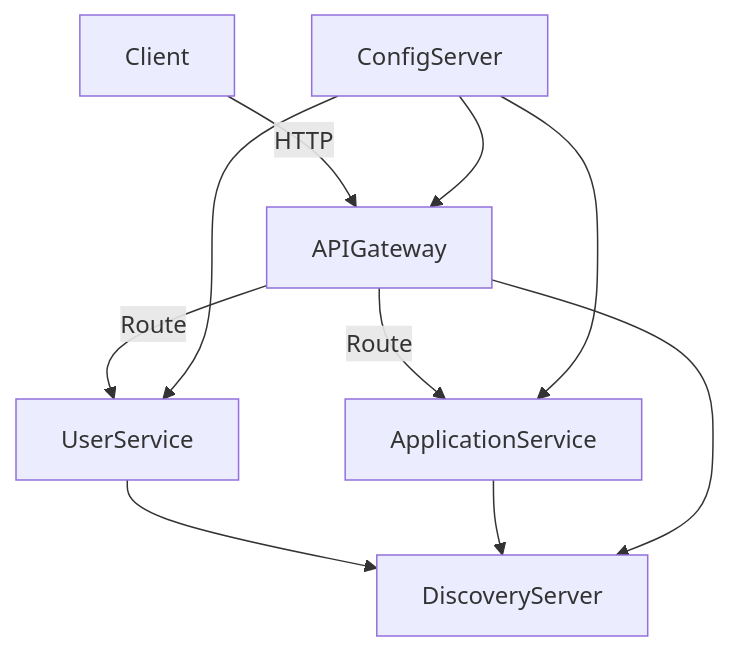
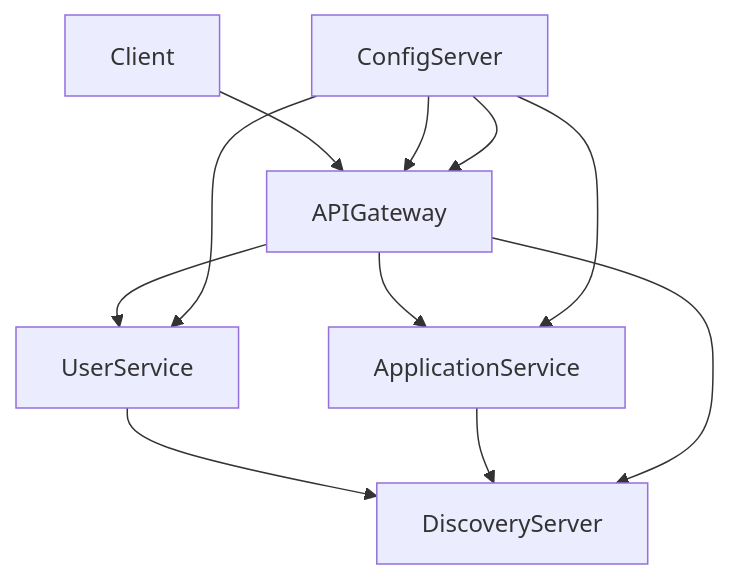
The diagram in README.md (mohanad-abdalwahab/job-application-system), drawn with Mermaid before and after one commit.

````diff
--- a/README.md
+++ b/README.md
@@ -21,12 +21,14 @@
 ```mermaid
 graph TD;
-    Client -->|HTTP| APIGateway
-    APIGateway -->|Route| UserService
-    APIGateway -->|Route| ApplicationService
+    Client --> APIGateway
+    ConfigServer --> APIGateway
+    APIGateway --> UserService
+    APIGateway --> ApplicationService
     UserService --> DiscoveryServer
     ApplicationService --> DiscoveryServer
     APIGateway --> DiscoveryServer
     ConfigServer --> UserService
     ConfigServer --> ApplicationService
     ConfigServer --> APIGateway
+
 ```
````
